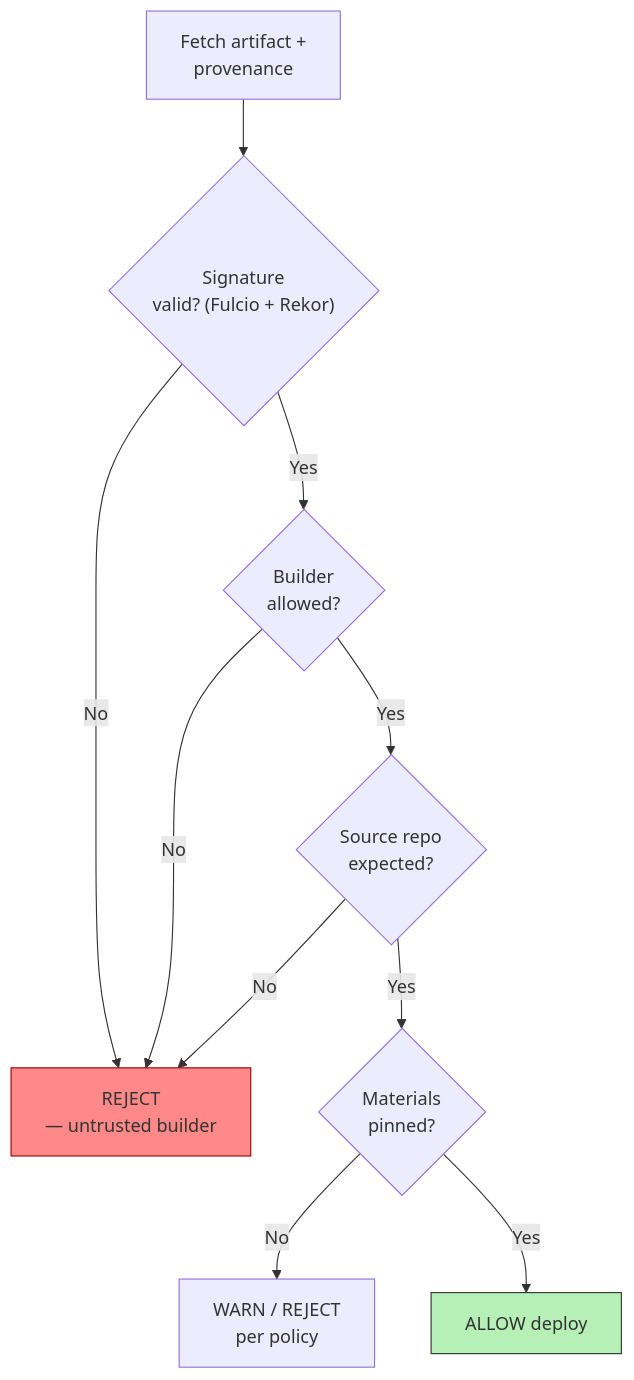
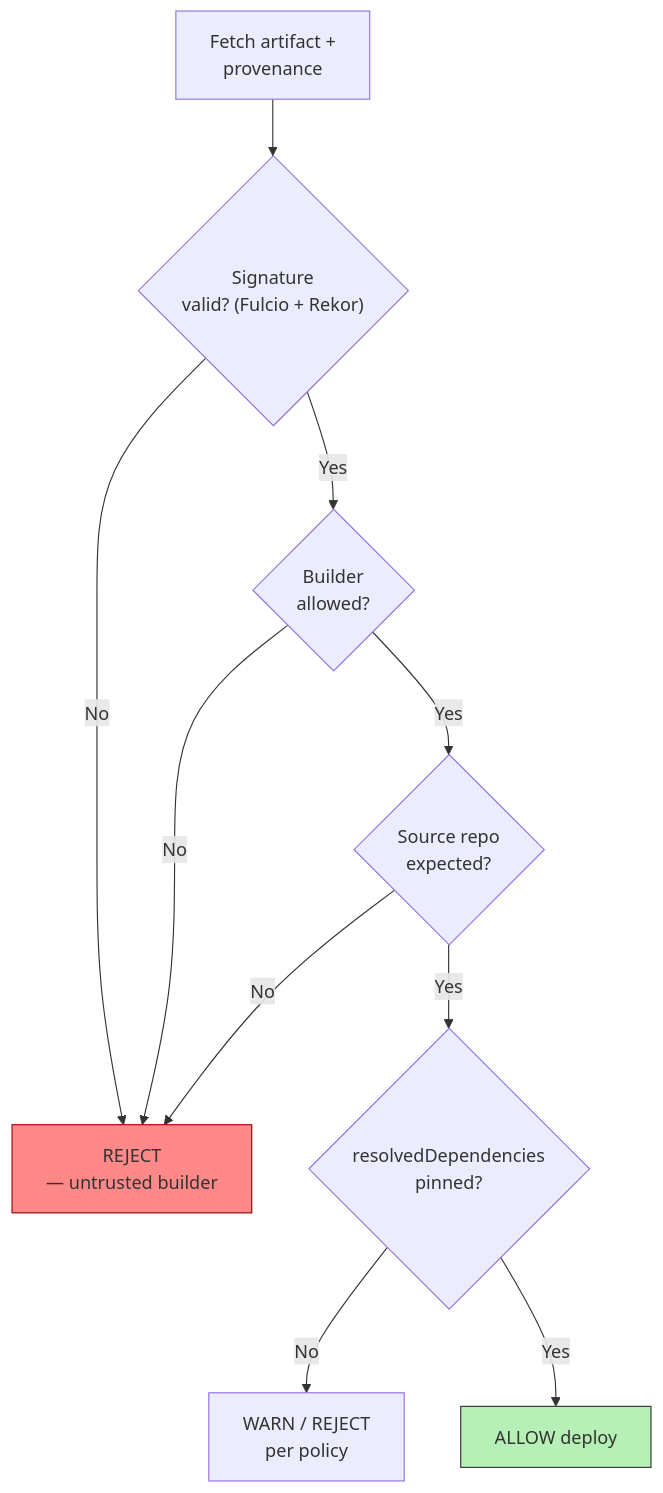
Before and after one commit to bumbsclaw/textbooks: the seventh of 7 diagrams in book-04-build-cicd/ch03-slsa-provenance.md, drawn with Mermaid. The commit also changed other lines of this file and 7 other files, not shown here.

Commit message:
fix(quality): P0 audit corrections — PromQL typo, flowcontrol v1, ZGC flags, Go barrier date, buf pin, SLSA labels, STYLE 6-8

````diff
--- a/book-04-build-cicd/ch03-slsa-provenance.md
+++ b/book-04-build-cicd/ch03-slsa-provenance.md
@@ -772,14 +773,14 @@
 ```mermaid
 flowchart TD
     FETCH["Fetch artifact +<br/>provenance"] --> SIG{"Signature<br/>valid? (Fulcio + Rekor)"}
     SIG -->|No| REJECT["REJECT<br/>— untrusted builder"]
     SIG -->|Yes| BUILDER{"Builder<br/>allowed?"}
     BUILDER -->|No| REJECT
     BUILDER -->|Yes| SOURCE{"Source repo<br/>expected?"}
     SOURCE -->|No| REJECT
-    SOURCE -->|Yes| MATS{"Materials<br/>pinned?"}
-    MATS -->|No| WARN["WARN / REJECT<br/>per policy"]
-    MATS -->|Yes| ALLOW["ALLOW deploy"]
+    SOURCE -->|Yes| RD{"resolvedDependencies<br/>pinned?"}
+    RD -->|No| WARN["WARN / REJECT<br/>per policy"]
+    RD -->|Yes| ALLOW["ALLOW deploy"]
     style REJECT fill:#f88,stroke:#900
     style ALLOW fill:#b6f0b6,stroke:#333
 ```
````
